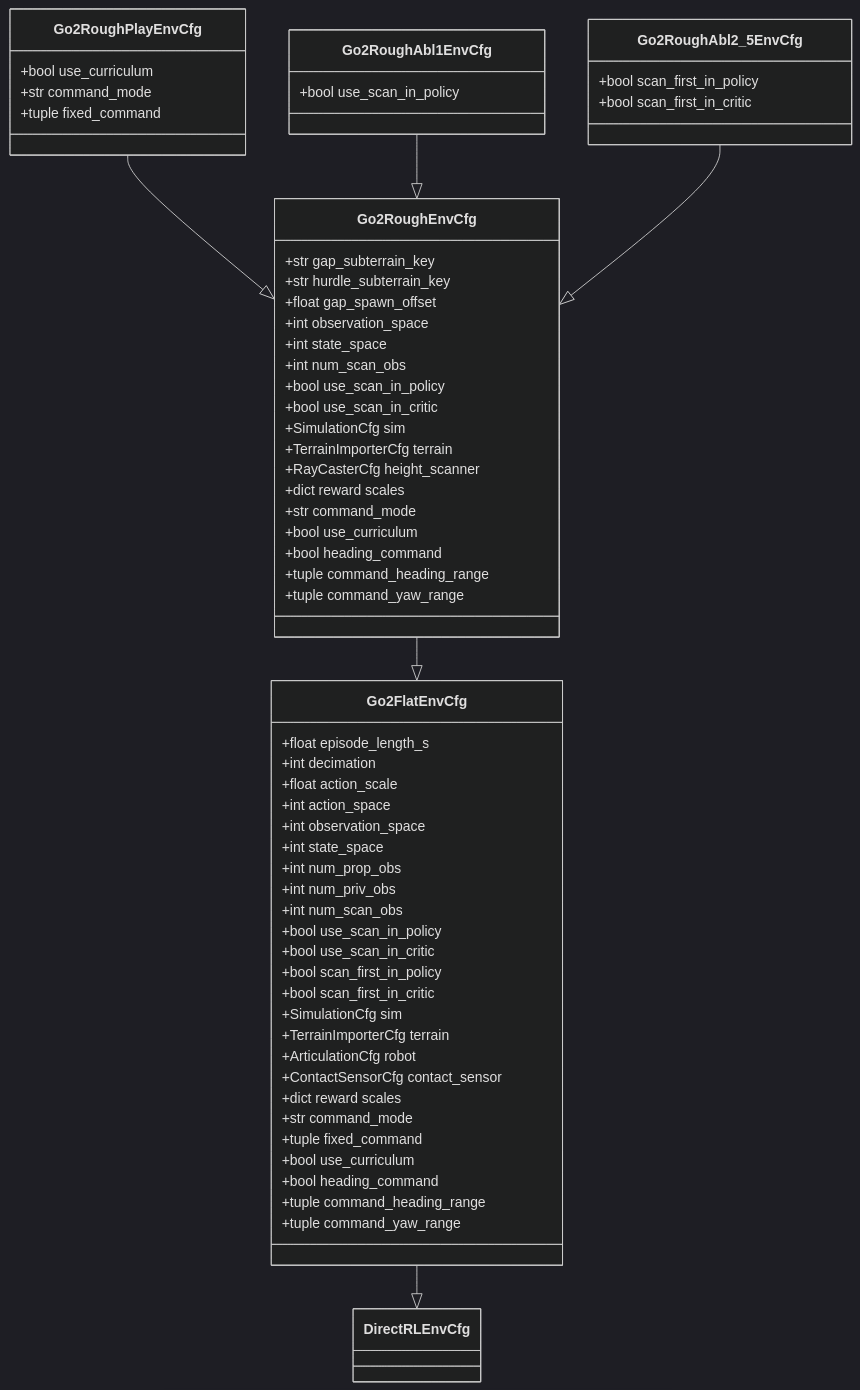
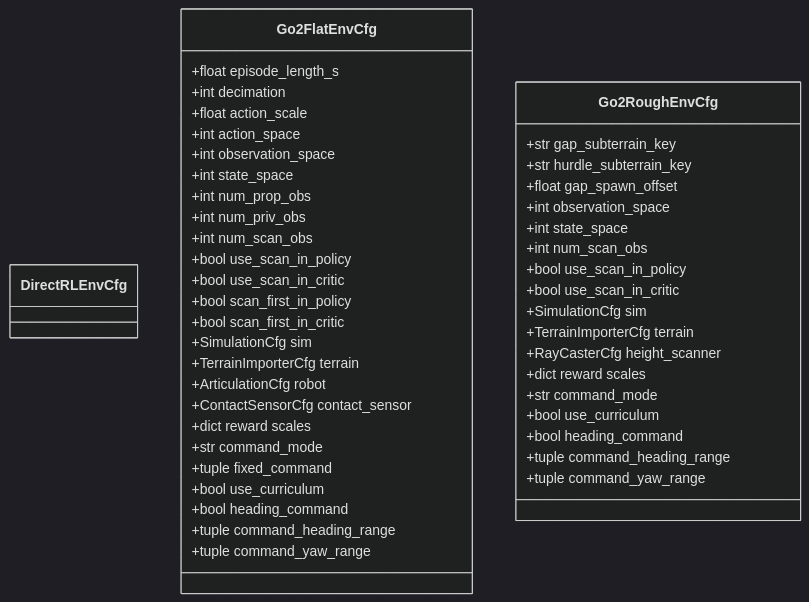
The third of 7 diagrams in .qoder/repowiki/en/content/Go2 Environment System/Environment Configuration and Setup.md (jayjayhust/extreme-quadruped-parkour), drawn with Mermaid (dark theme) before and after one commit. The commit also changed other lines of this file and 444 other files, not shown here.

````diff
--- a/.qoder/repowiki/en/content/Go2 Environment System/Environment Configuration and Setup.md
+++ b/.qoder/repowiki/en/content/Go2 Environment System/Environment Configuration and Setup.md
@@ -132,66 +140,49 @@
 ```mermaid
 classDiagram
 class DirectRLEnvCfg
 class Go2FlatEnvCfg {
 +float episode_length_s
 +int decimation
 +float action_scale
 +int action_space
 +int observation_space
 +int state_space
 +int num_prop_obs
 +int num_priv_obs
 +int num_scan_obs
 +bool use_scan_in_policy
 +bool use_scan_in_critic
 +bool scan_first_in_policy
 +bool scan_first_in_critic
 +SimulationCfg sim
 +TerrainImporterCfg terrain
 +ArticulationCfg robot
 +ContactSensorCfg contact_sensor
 +dict reward scales
 +str command_mode
 +tuple fixed_command
 +bool use_curriculum
 +bool heading_command
 +tuple command_heading_range
 +tuple command_yaw_range
 }
 class Go2RoughEnvCfg {
 +str gap_subterrain_key
 +str hurdle_subterrain_key
 +float gap_spawn_offset
 +int observation_space
 +int state_space
 +int num_scan_obs
 +bool use_scan_in_policy
 +bool use_scan_in_critic
 +SimulationCfg sim
 +TerrainImporterCfg terrain
 +RayCasterCfg height_scanner
 +dict reward scales
 +str command_mode
 +bool use_curriculum
 +bool heading_command
 +tuple command_heading_range
 +tuple command_yaw_range
 }
-class Go2RoughPlayEnvCfg {
-+bool use_curriculum
-+str command_mode
-+tuple fixed_command
-}
-class Go2RoughAbl1EnvCfg {
-+bool use_scan_in_policy
-}
-class Go2RoughAbl2_5EnvCfg {
-+bool scan_first_in_policy
-+bool scan_first_in_critic
-}
-Go2FlatEnvCfg --|> DirectRLEnvCfg
-Go2RoughEnvCfg --|> Go2FlatEnvCfg
-Go2RoughPlayEnvCfg --|> Go2RoughEnvCfg
-Go2RoughAbl1EnvCfg --|> Go2RoughEnvCfg
-Go2RoughAbl2_5EnvCfg --|> Go2RoughEnvCfg
 ```
````
